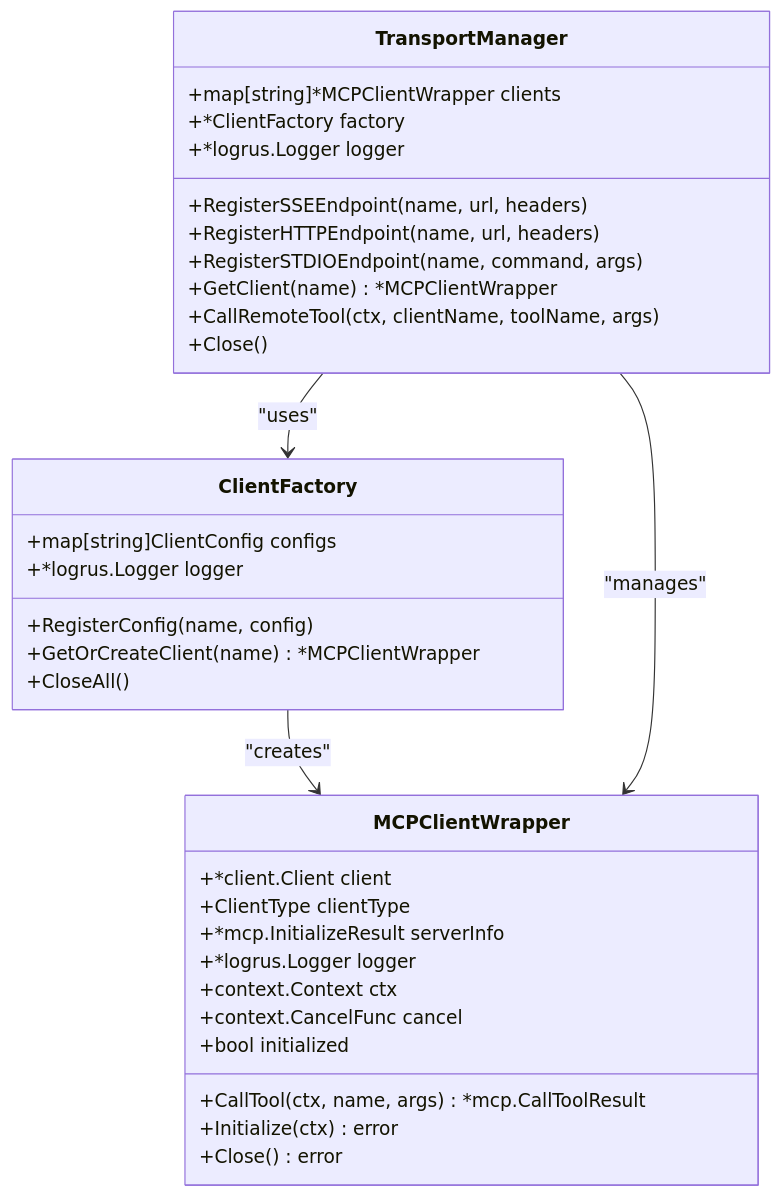
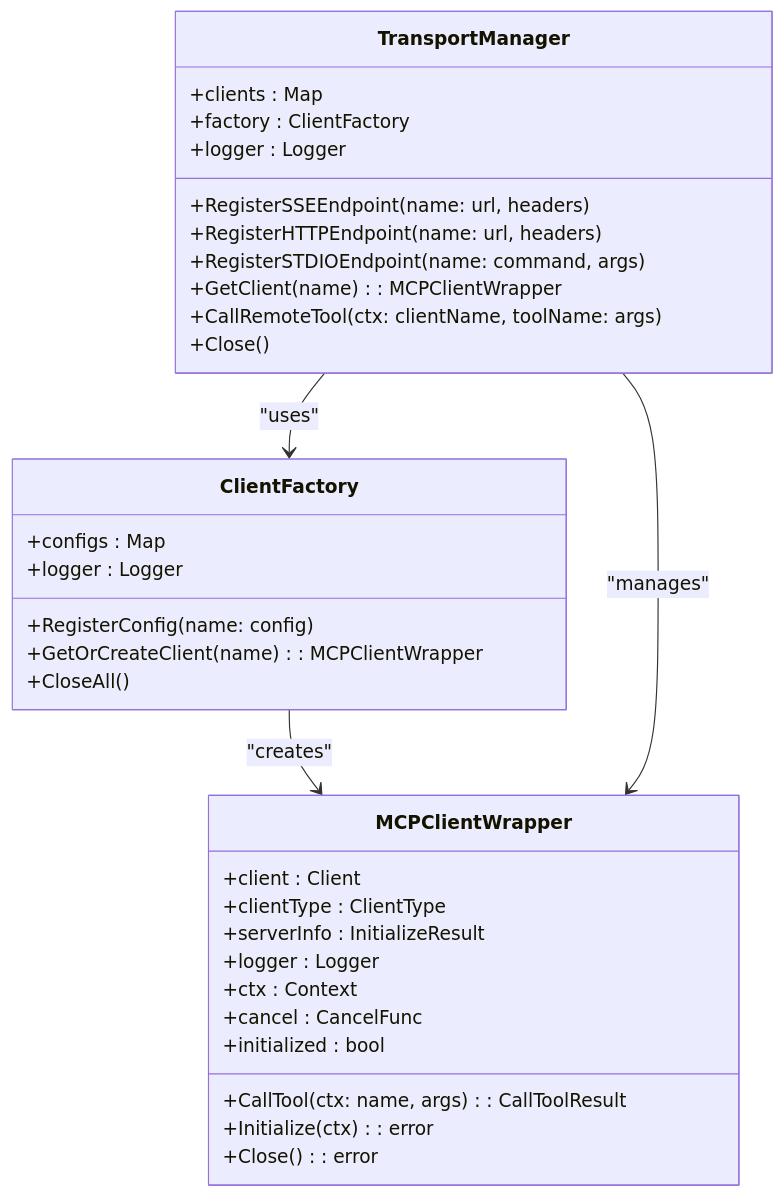
One commit to prxs-ai/praxis-go-sdk changed the first of 3 diagrams in docs/Architecture Overview/Model Context Protocol (MCP) Integration/Transport Adapters and Protocol Support.md. Above: the diagram before and after it, drawn with Mermaid. The commit also changed other lines of this file and 141 other files, not shown here.

````diff
--- a/docs/Architecture Overview/Model Context Protocol (MCP) Integration/Transport Adapters and Protocol Support.md
+++ b/docs/Architecture Overview/Model Context Protocol (MCP) Integration/Transport Adapters and Protocol Support.md
@@ -25,36 +25,36 @@
 ```mermaid
 classDiagram
 class TransportManager {
-+map[string]*MCPClientWrapper clients
-+*ClientFactory factory
-+*logrus.Logger logger
-+RegisterSSEEndpoint(name, url, headers)
-+RegisterHTTPEndpoint(name, url, headers)
-+RegisterSTDIOEndpoint(name, command, args)
-+GetClient(name) *MCPClientWrapper
-+CallRemoteTool(ctx, clientName, toolName, args)
++clients : Map<string, MCPClientWrapper>
++factory : ClientFactory
++logger : Logger
++RegisterSSEEndpoint(name: url, headers)
++RegisterHTTPEndpoint(name: url, headers)
++RegisterSTDIOEndpoint(name: command, args)
++GetClient(name) : MCPClientWrapper
++CallRemoteTool(ctx: clientName, toolName: args)
 +Close()
 }
 class ClientFactory {
-+map[string]ClientConfig configs
-+*logrus.Logger logger
-+RegisterConfig(name, config)
-+GetOrCreateClient(name) *MCPClientWrapper
++configs : Map<string, ClientConfig>
++logger : Logger
++RegisterConfig(name: config)
++GetOrCreateClient(name) : MCPClientWrapper
 +CloseAll()
 }
 class MCPClientWrapper {
-+*client.Client client
-+ClientType clientType
-+*mcp.InitializeResult serverInfo
-+*logrus.Logger logger
-+context.Context ctx
-+context.CancelFunc cancel
-+bool initialized
-+CallTool(ctx, name, args) *mcp.CallToolResult
-+Initialize(ctx) error
-+Close() error
++client : Client
++clientType : ClientType
++serverInfo : InitializeResult
++logger : Logger
++ctx : Context
++cancel : CancelFunc
++initialized : bool
++CallTool(ctx: name, args) : CallToolResult
++Initialize(ctx) : error
++Close() : error
 }
 TransportManager --> ClientFactory : "uses"
 ClientFactory --> MCPClientWrapper : "creates"
 TransportManager --> MCPClientWrapper : "manages"
 ```
````
